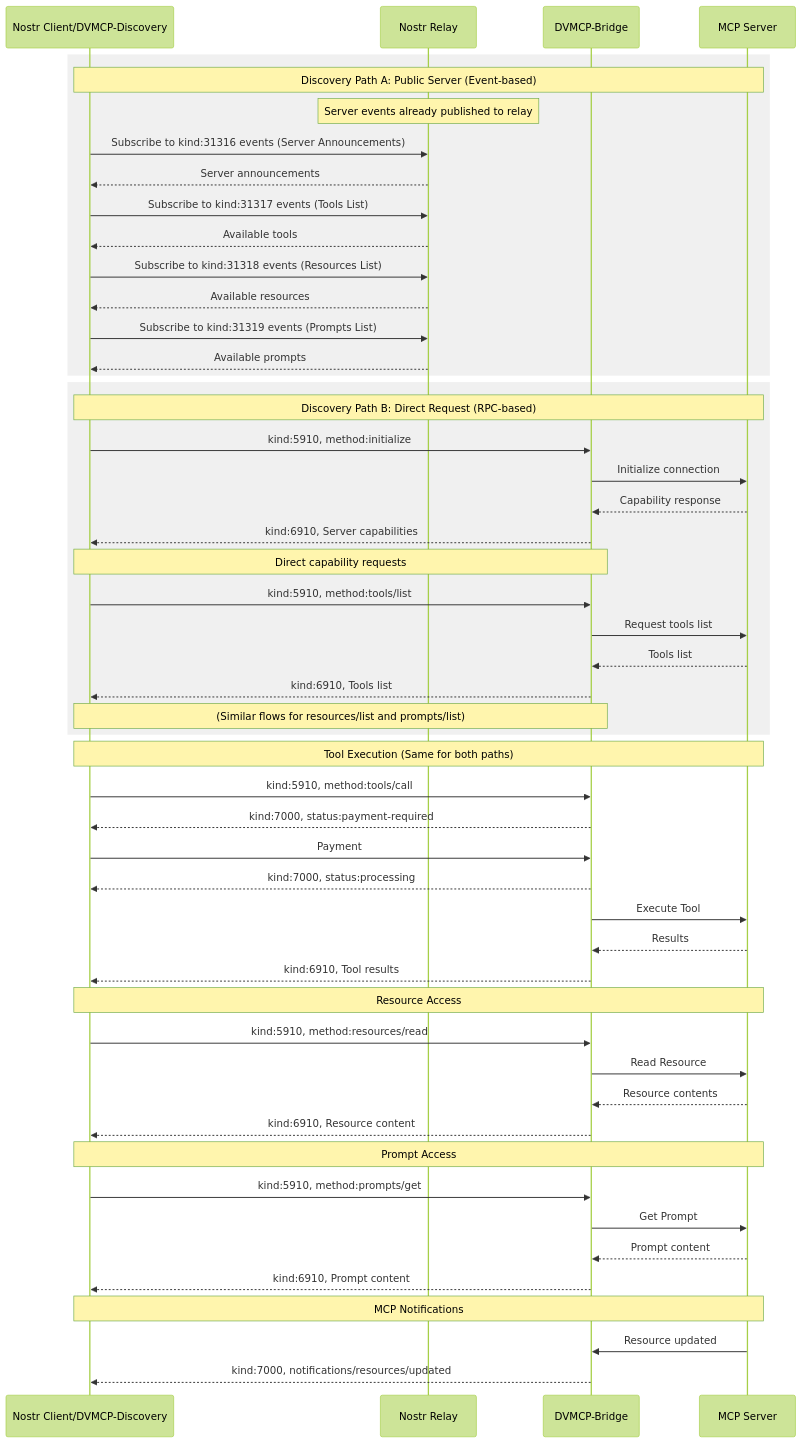
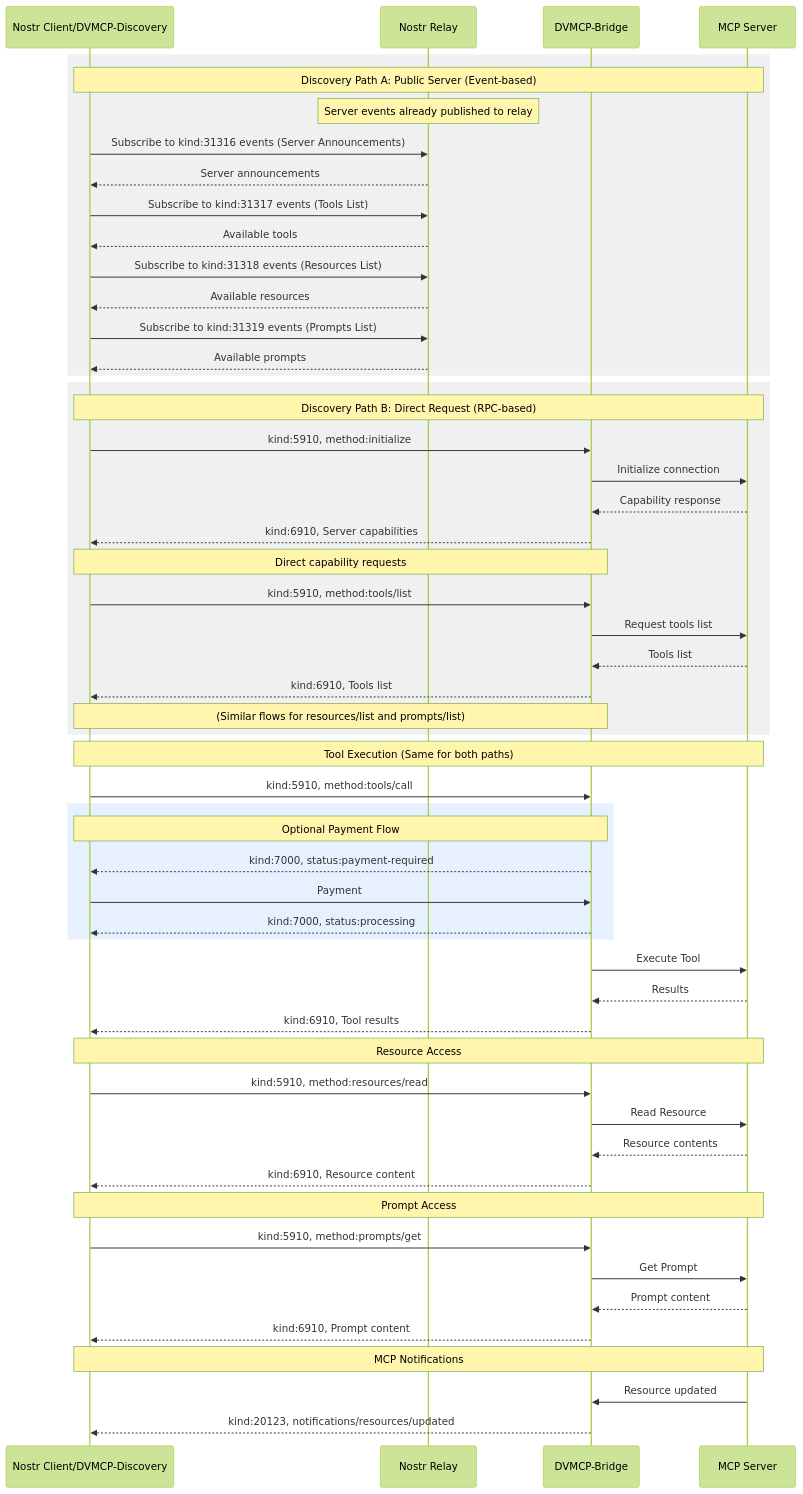
The diagram in docs/dvmcp-spec-2025-03-26.md (gzuuus/dvmcp), drawn with Mermaid (forest theme) before and after one commit. The commit also changed other lines of this file, not shown here.

Commit message:
docs: update protocol spec with clearer message structure and flow diagrams

````diff
--- a/docs/dvmcp-spec-2025-03-26.md
+++ b/docs/dvmcp-spec-2025-03-26.md
@@ -746,62 +748,67 @@
 ```mermaid
 sequenceDiagram
     participant Client as Nostr Client/DVMCP-Discovery
     participant Relay as Nostr Relay
     participant DVM as DVMCP-Bridge
     participant Server as MCP Server
 
     rect rgb(240, 240, 240)
         Note over Client,Server: Discovery Path A: Public Server (Event-based)
         Note over Relay: Server events already published to relay
         
         Client->>Relay: Subscribe to kind:31316 events (Server Announcements)
         Relay-->>Client: Server announcements
         Client->>Relay: Subscribe to kind:31317 events (Tools List)
         Relay-->>Client: Available tools
         Client->>Relay: Subscribe to kind:31318 events (Resources List)
         Relay-->>Client: Available resources
         Client->>Relay: Subscribe to kind:31319 events (Prompts List)
         Relay-->>Client: Available prompts
     end
 
     rect rgb(240, 240, 240)
         Note over Client,Server: Discovery Path B: Direct Request (RPC-based)
         Client->>DVM: kind:5910, method:initialize
         DVM->>Server: Initialize connection
         Server-->>DVM: Capability response
         DVM-->>Client: kind:6910, Server capabilities
         
         Note over Client,DVM: Direct capability requests
         Client->>DVM: kind:5910, method:tools/list
         DVM->>Server: Request tools list
         Server-->>DVM: Tools list
         DVM-->>Client: kind:6910, Tools list
         
         Note over Client,DVM: (Similar flows for resources/list and prompts/list)
     end
 
     Note over Client,Server: Tool Execution (Same for both paths)
     Client->>DVM: kind:5910, method:tools/call
-    DVM-->>Client: kind:7000, status:payment-required
-    Client->>DVM: Payment
-    DVM-->>Client: kind:7000, status:processing
+    
+    rect rgb(230, 240, 255)
+        Note over Client,DVM: Optional Payment Flow
+        DVM-->>Client: kind:7000, status:payment-required
+        Client->>DVM: Payment
+        DVM-->>Client: kind:7000, status:processing
+    end
+    
     DVM->>Server: Execute Tool
     Server-->>DVM: Results
     DVM-->>Client: kind:6910, Tool results
 
     Note over Client,Server: Resource Access
     Client->>DVM: kind:5910, method:resources/read
     DVM->>Server: Read Resource
     Server-->>DVM: Resource contents
     DVM-->>Client: kind:6910, Resource content
 
     Note over Client,Server: Prompt Access
     Client->>DVM: kind:5910, method:prompts/get
     DVM->>Server: Get Prompt
     Server-->>DVM: Prompt content
     DVM-->>Client: kind:6910, Prompt content
 
     Note over Client,Server: MCP Notifications
     Server->>DVM: Resource updated
-    DVM-->>Client: kind:7000, notifications/resources/updated
+    DVM-->>Client: kind:20123, notifications/resources/updated
 ```
````
